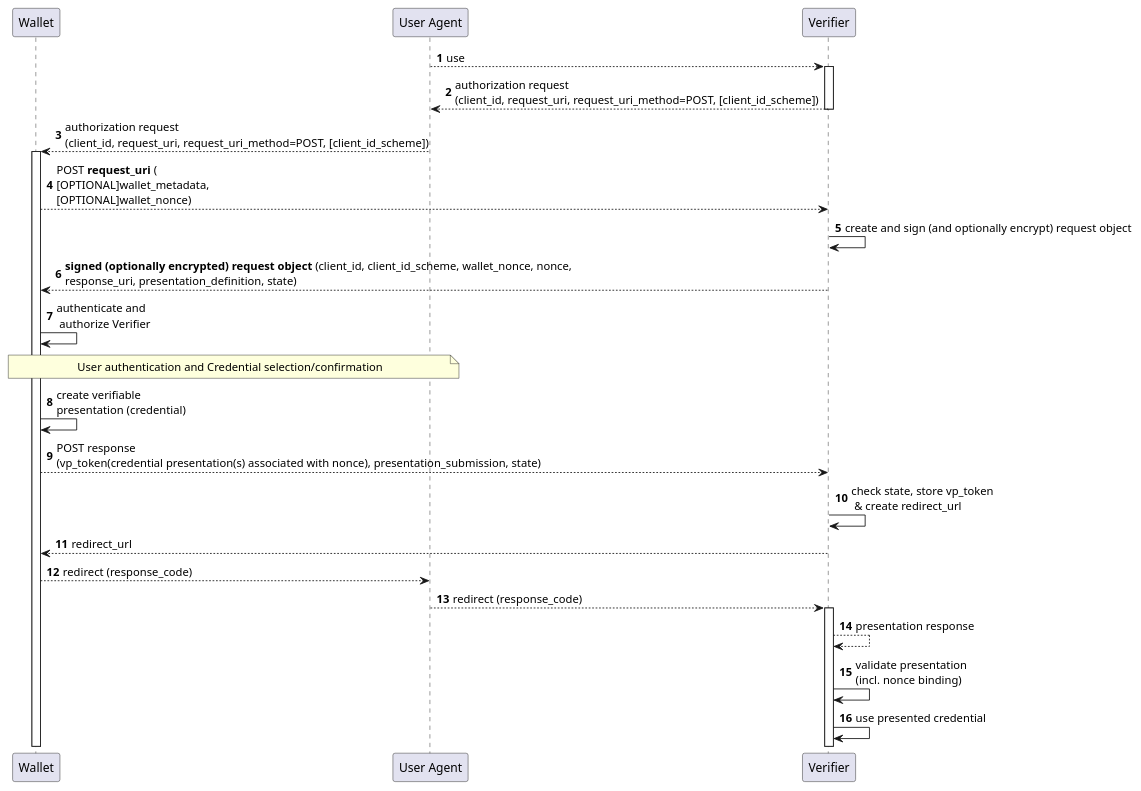
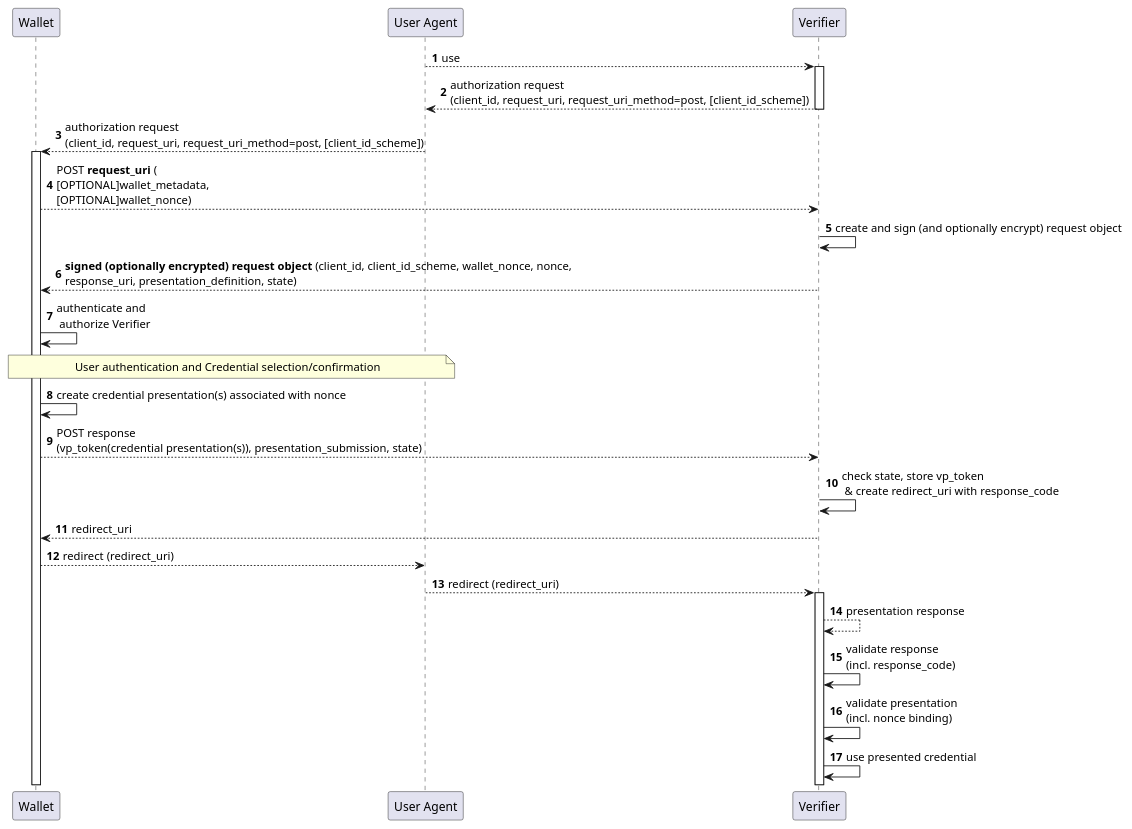
One commit to openid/OpenID4VP changed the diagram in diagrams/request_uri_mode_post.md. Above: the diagram before and after it, drawn with PlantUML. The commit also changed 1 other file, not shown here.

Commit message:
Apply suggestions from code review

````diff
--- a/diagrams/request_uri_mode_post.md
+++ b/diagrams/request_uri_mode_post.md
@@ -1,37 +1,38 @@
 ```plantuml
 @startuml
 
 autonumber
 
 participant "Wallet" as w
 
 participant "User Agent" as u
 
 participant "Verifier" as r
 
 u --> r : use
 activate r
 
-r --> u: authorization request\n(client_id, request_uri, request_uri_method=POST, [client_id_scheme])
+r --> u: authorization request\n(client_id, request_uri, request_uri_method=post, [client_id_scheme])
 deactivate r
-u --> w: authorization request\n(client_id, request_uri, request_uri_method=POST, [client_id_scheme])
+u --> w: authorization request\n(client_id, request_uri, request_uri_method=post, [client_id_scheme])
 activate w
 w --> r: POST **request_uri** (\n[OPTIONAL]wallet_metadata, \n[OPTIONAL]wallet_nonce)
 r -> r: create and sign (and optionally encrypt) request object 
 r --> w: **signed (optionally encrypted) request object** (client_id, client_id_scheme, wallet_nonce, nonce, \nresponse_uri, presentation_definition, state)
 w -> w: authenticate and\n authorize Verifier
 
 note over u, w: User authentication and Credential selection/confirmation
 
-w -> w: create verifiable\npresentation (credential)
-w --> r: POST response \n(vp_token(credential presentation(s) associated with nonce), presentation_submission, state)
-r -> r: check state, store vp_token\n & create redirect_url
-r --> w: redirect_url
-w --> u: redirect (response_code)
-u --> r: redirect (response_code)
+w -> w: create credential presentation(s) associated with nonce
+w --> r: POST response \n(vp_token(credential presentation(s)), presentation_submission, state)
+r -> r: check state, store vp_token\n & create redirect_uri with response_code
+r --> w: redirect_uri
+w --> u: redirect (redirect_uri)
+u --> r: redirect (redirect_uri)
 activate r
 r --> r: presentation response
+r -> r: validate response \n(incl. response_code)
 r -> r: validate presentation \n(incl. nonce binding)
 r -> r: use presented credential 
 @enduml
 ```
````
